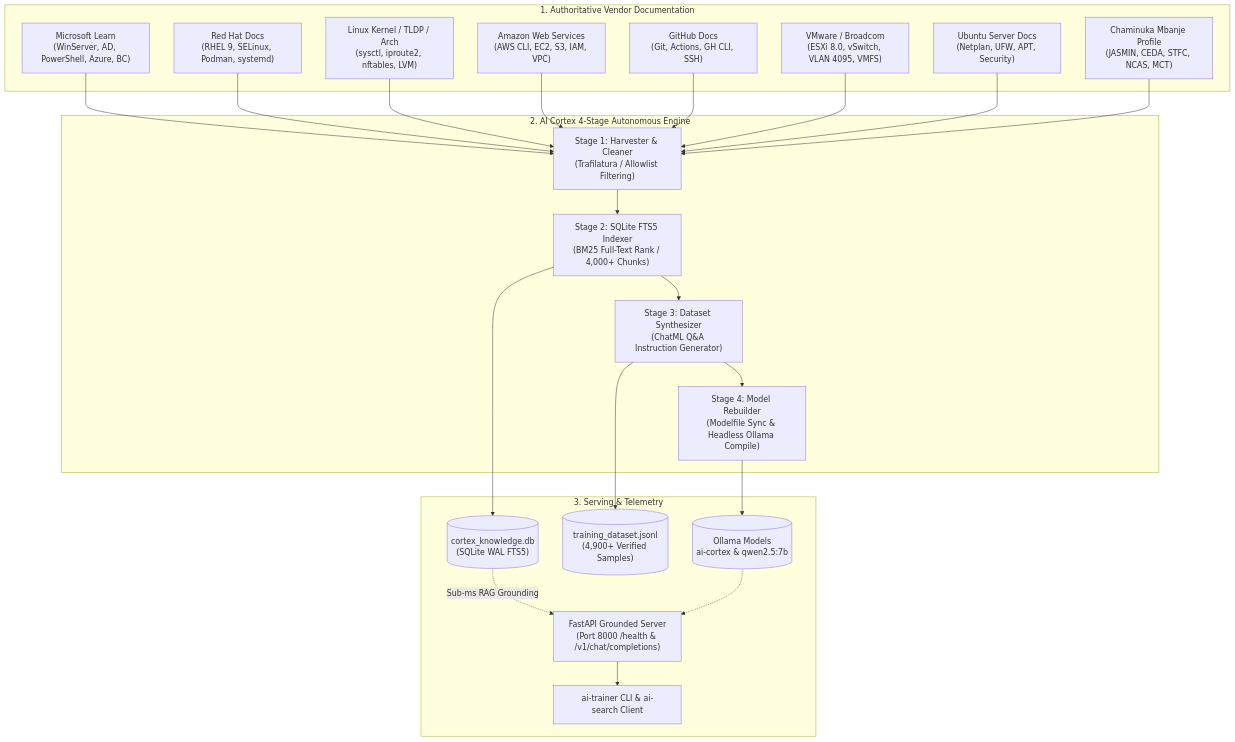
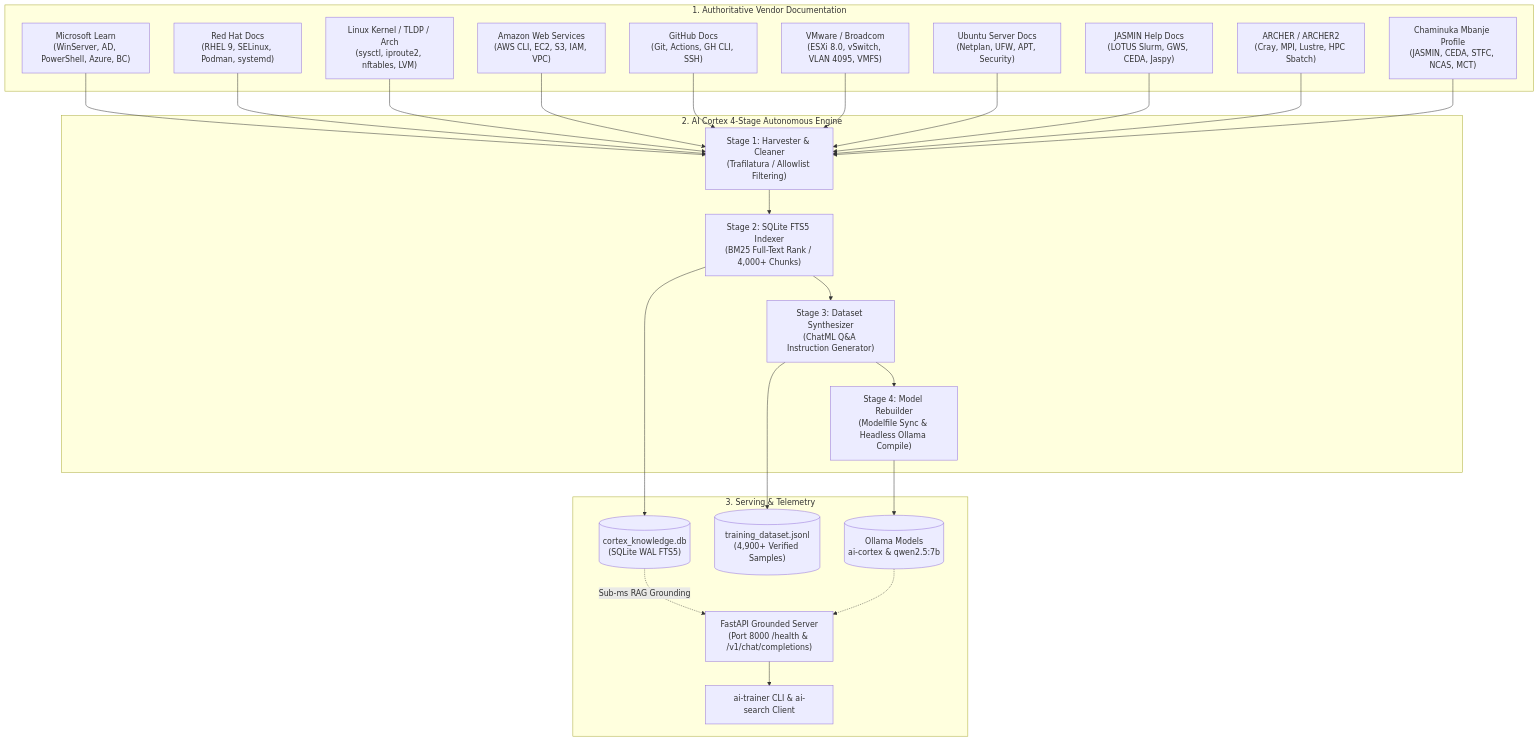
The diagram in README.md (chaminukambanje/ai-training), drawn with Mermaid before and after one commit. The commit also changed 3 other files, not shown here.

Commit message:
feat: add JASMIN and ARCHER documentation targets and ESXi Slurm cluster integration

````diff
--- a/README.md
+++ b/README.md
@@ -16,39 +16,41 @@
 ```mermaid
 flowchart TD
     subgraph Sources ["1. Authoritative Vendor Documentation"]
         MS["Microsoft Learn\n(WinServer, AD, PowerShell, Azure, BC)"]
         RH["Red Hat Docs\n(RHEL 9, SELinux, Podman, systemd)"]
         LX["Linux Kernel / TLDP / Arch\n(sysctl, iproute2, nftables, LVM)"]
         AWS["Amazon Web Services\n(AWS CLI, EC2, S3, IAM, VPC)"]
         GH["GitHub Docs\n(Git, Actions, GH CLI, SSH)"]
         VM["VMware / Broadcom\n(ESXi 8.0, vSwitch, VLAN 4095, VMFS)"]
         UB["Ubuntu Server Docs\n(Netplan, UFW, APT, Security)"]
+        JA["JASMIN Help Docs\n(LOTUS Slurm, GWS, CEDA, Jaspy)"]
+        AR["ARCHER / ARCHER2\n(Cray, MPI, Lustre, HPC Sbatch)"]
         CM["Chaminuka Mbanje Profile\n(JASMIN, CEDA, STFC, NCAS, MCT)"]
     end
 
     subgraph Pipeline ["2. AI Cortex 4-Stage Autonomous Engine"]
         H["Stage 1: Harvester & Cleaner\n(Trafilatura / Allowlist Filtering)"]
         I["Stage 2: SQLite FTS5 Indexer\n(BM25 Full-Text Rank / 4,000+ Chunks)"]
         S["Stage 3: Dataset Synthesizer\n(ChatML Q&A Instruction Generator)"]
         M["Stage 4: Model Rebuilder\n(Modelfile Sync & Headless Ollama Compile)"]
     end
 
     subgraph Serving ["3. Serving & Telemetry"]
         DB[("cortex_knowledge.db\n(SQLite WAL FTS5)")]
         JSONL[("training_dataset.jsonl\n(4,900+ Verified Samples)")]
         OL[("Ollama Models\nai-cortex & qwen2.5:7b")]
         API["FastAPI Grounded Server\n(Port 8000 /health & /v1/chat/completions)"]
         CLI["ai-trainer CLI & ai-search Client"]
     end
 
-    MS & RH & LX & AWS & GH & VM & UB & CM --> H
+    MS & RH & LX & AWS & GH & VM & UB & JA & AR & CM --> H
     H --> I
     I --> DB
     I --> S
     S --> JSONL
     S --> M
     M --> OL
     DB -.->|Sub-ms RAG Grounding| API
     OL -.-> API
     API --> CLI
 ```
````
